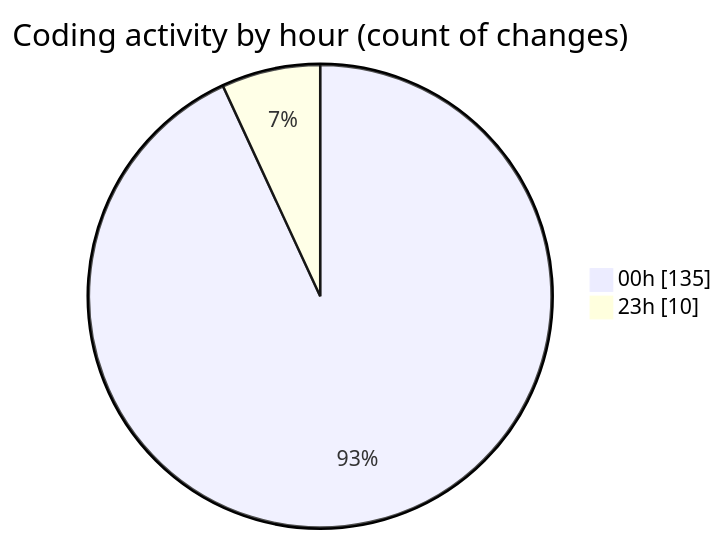
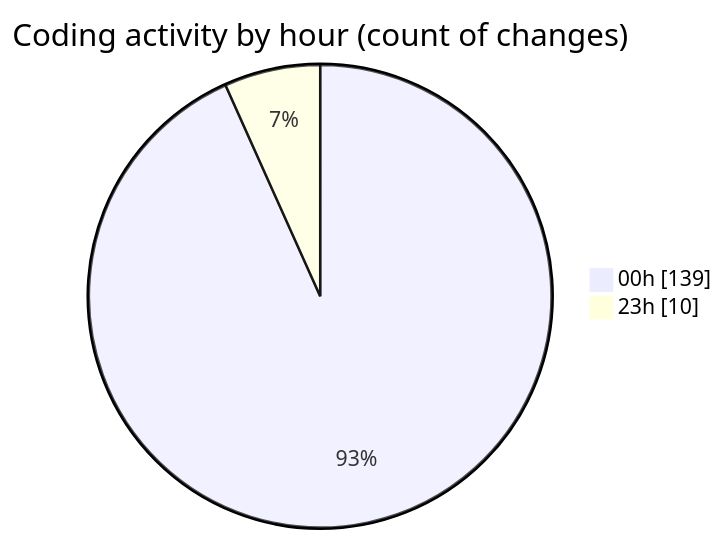
Before and after one commit to Ritupan-Deka/code-tracking: the second of 2 diagrams in 2025-07-18/mern-workoutboard/README.md, drawn with Mermaid. The commit also changed other lines of this file and 1 other file, not shown here.

````diff
--- a/2025-07-18/mern-workoutboard/README.md
+++ b/2025-07-18/mern-workoutboard/README.md
@@ -34,6 +35,6 @@
 ```mermaid
 pie showData
 title Coding activity by hour (count of changes)
-"00h" : 135
+"00h" : 139
 "23h" : 10
 ```
````
